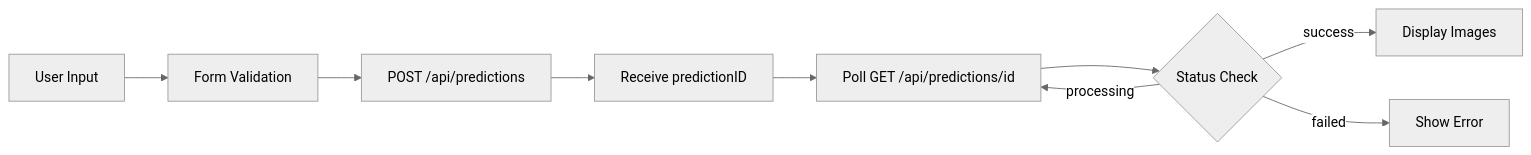
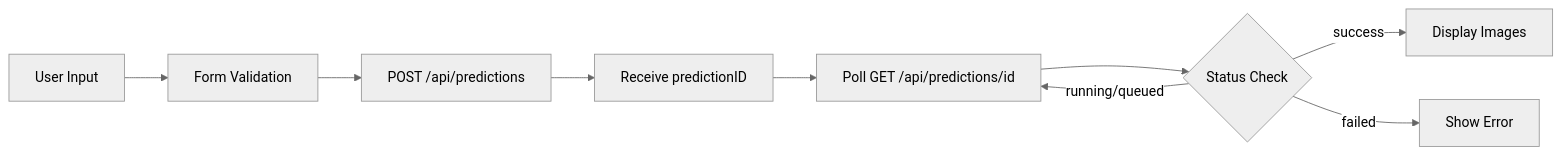
The diagram in docs/index.nextjs.md (LeeKuanGim/eachlabs-ai-logo-maker-saas), drawn with Mermaid (neutral theme) before and after one commit. The commit also changed other lines of this file and 2 other files, not shown here.

````diff
--- a/docs/index.nextjs.md
+++ b/docs/index.nextjs.md
@@ -120,11 +121,11 @@
 ```mermaid
 graph LR
     A[User Input] --> B[Form Validation]
     B --> C[POST /api/predictions]
     C --> D[Receive predictionID]
     D --> E[Poll GET /api/predictions/id]
     E --> F{Status Check}
-    F -->|processing| E
+    F -->|running/queued| E
     F -->|success| G[Display Images]
     F -->|failed| H[Show Error]
 ```
````
